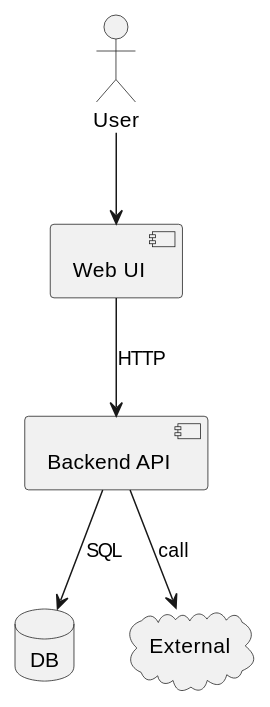
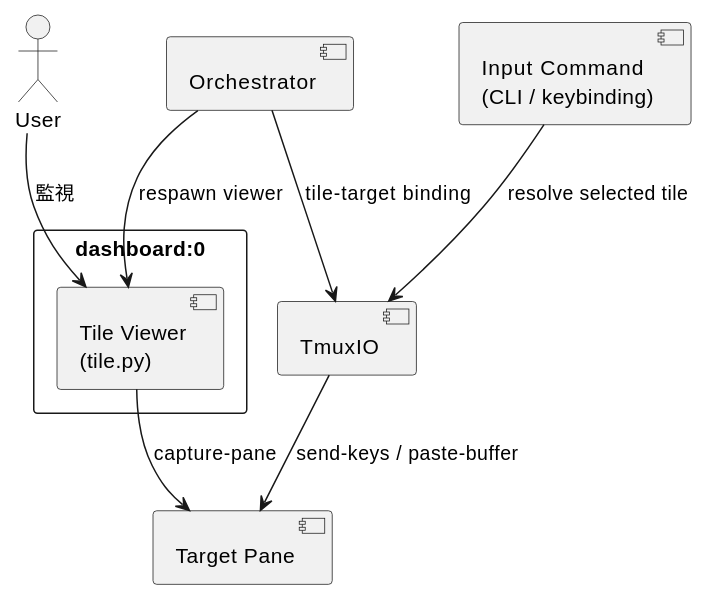
The first of 2 diagrams in spec-lite/current/design.md (chemitaro/tmux-dashboard), drawn with PlantUML before and after one commit. The commit also changed other lines of this file and 4 other files, not shown here.

First line of the commit message:
feat: Implement dashboard input proxy analysis and documentation

````diff
--- a/spec-lite/current/design.md
+++ b/spec-lite/current/design.md
@@ -143,14 +228,19 @@
 ```plantuml
 @startuml
 actor User
-component "Web UI" as FE
-component "Backend API" as API
-database "DB" as DB
-cloud "External" as Ext
+rectangle "dashboard:0" {
+  component "Tile Viewer\n(tile.py)" as Tile
+}
+component "Orchestrator" as Orch
+component "TmuxIO" as IO
+component "Input Command\n(CLI / keybinding)" as Cmd
+component "Target Pane" as Target
 
-User --> FE
-FE --> API : HTTP
-API --> DB : SQL
-API --> Ext : call
+User --> Tile : 監視
+Orch --> Tile : respawn viewer
+Orch --> IO : tile-target binding
+Cmd --> IO : resolve selected tile
+IO --> Target : send-keys / paste-buffer
+Tile --> Target : capture-pane
 @enduml
 ```
````
